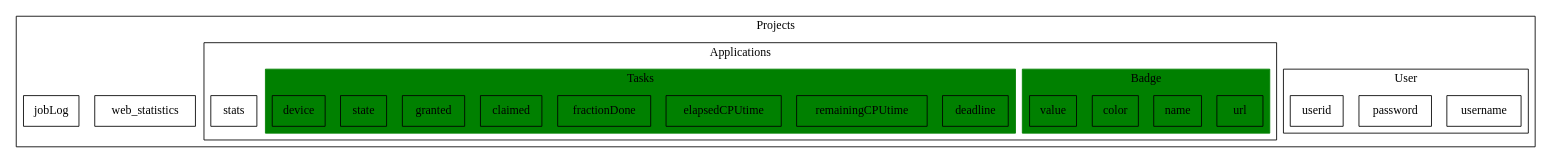
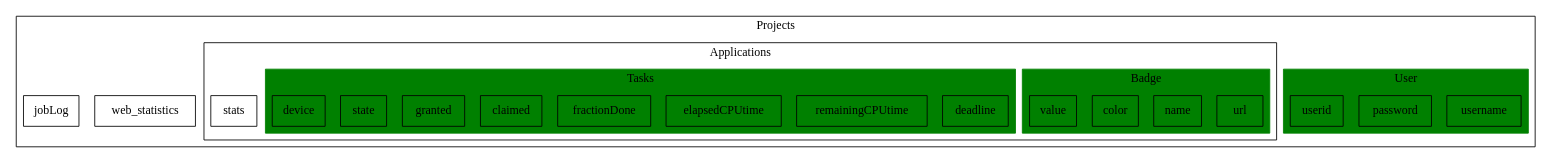
The diagram in doc/objectStructure.dot (obtitus/py-boinc-plotter), drawn with Graphviz before and after one commit. The commit also changed 8 other files, not shown here.

```diff
--- a/doc/objectStructure.dot
+++ b/doc/objectStructure.dot
@@ -1,33 +1,33 @@
 digraph G {
 	// 	Projects -> Applications -> Workunits;
 	node [shape=box];
 	subgraph cluster_p {label=Projects;
 		web_statistics;
 		jobLog;
-		subgraph cluster_u {label=User;
+		subgraph cluster_u {label=User; color=green; style=filled;
 			username;
 			password;
 			userid;
 		};			
 		subgraph cluster_a { label=Applications;
 			stats;
 			subgraph cluster_b {label=Badge; color=green; style=filled;
 				url;
 				name;
 				color;
 				value;
 			};
 			subgraph cluster_t {label=Tasks; color=green; style=filled;
 				name;
 				deadline;
 				remainingCPUtime;
 				elapsedCPUtime;
 				fractionDone;
 				claimed;
 				granted;
 				state;
 				device;
 			};
 		};
 	};
 }
```
